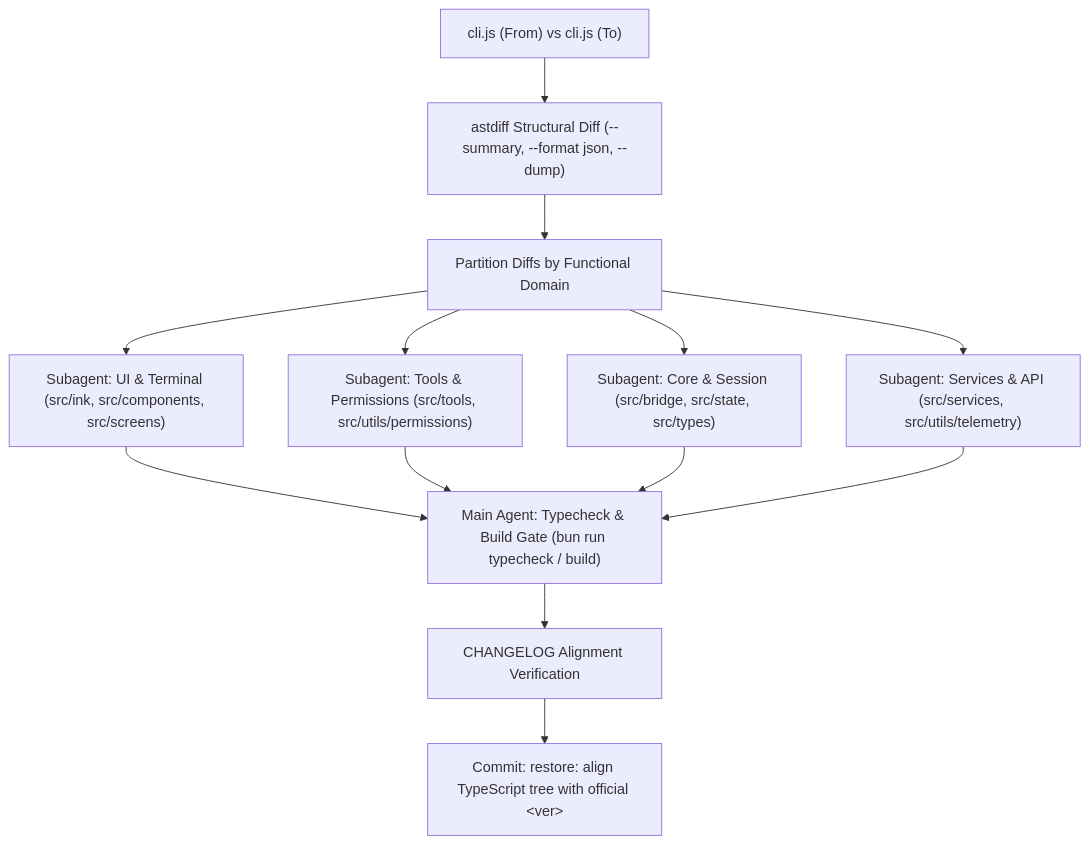
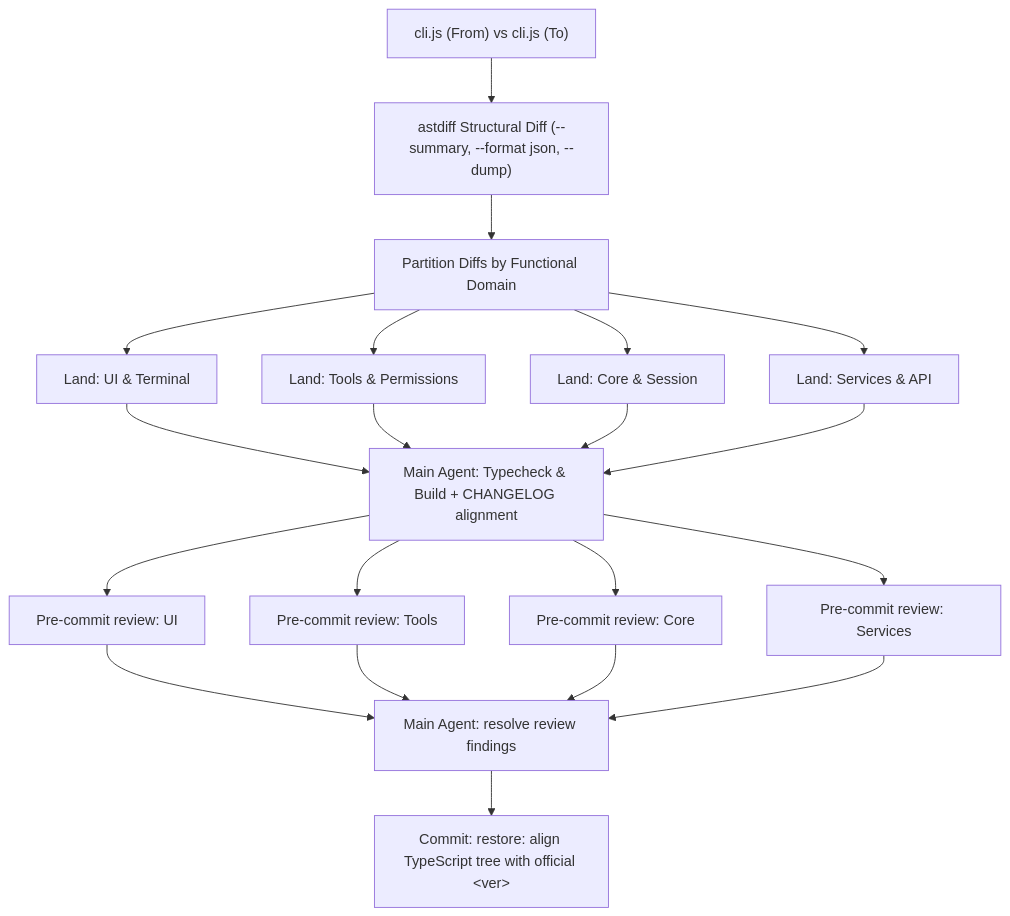
Before and after one commit to BeatSeat/ClaudeCodeRev: the diagram in .cursor/skills/incremental-ts-restore/SKILL.md, drawn with Mermaid. The commit also changed other lines of this file and 66 other files, not shown here.

````diff
--- a/.cursor/skills/incremental-ts-restore/SKILL.md
+++ b/.cursor/skills/incremental-ts-restore/SKILL.md
@@ -11,15 +11,22 @@
 ```mermaid
 flowchart TD
     A["cli.js (From) vs cli.js (To)"] --> B["astdiff Structural Diff (--summary, --format json, --dump)"]
     B --> C["Partition Diffs by Functional Domain"]
-    C --> D1["Subagent: UI & Terminal (src/ink, src/components, src/screens)"]
-    C --> D2["Subagent: Tools & Permissions (src/tools, src/utils/permissions)"]
-    C --> D3["Subagent: Core & Session (src/bridge, src/state, src/types)"]
-    C --> D4["Subagent: Services & API (src/services, src/utils/telemetry)"]
-    D1 --> E["Main Agent: Typecheck & Build Gate (bun run typecheck / build)"]
+    C --> D1["Land: UI & Terminal"]
+    C --> D2["Land: Tools & Permissions"]
+    C --> D3["Land: Core & Session"]
+    C --> D4["Land: Services & API"]
+    D1 --> E["Main Agent: Typecheck & Build + CHANGELOG alignment"]
     D2 --> E
     D3 --> E
     D4 --> E
-    E --> F["CHANGELOG Alignment Verification"]
+    E --> R1["Pre-commit review: UI"]
+    E --> R2["Pre-commit review: Tools"]
+    E --> R3["Pre-commit review: Core"]
+    E --> R4["Pre-commit review: Services"]
+    R1 --> F["Main Agent: resolve review findings"]
+    R2 --> F
+    R3 --> F
+    R4 --> F
     F --> G["Commit: restore: align TypeScript tree with official &lt;ver&gt;"]
 ```
````
